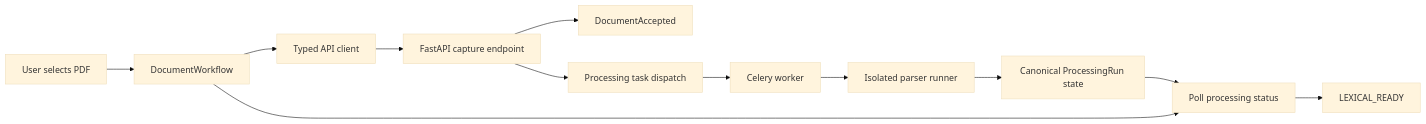
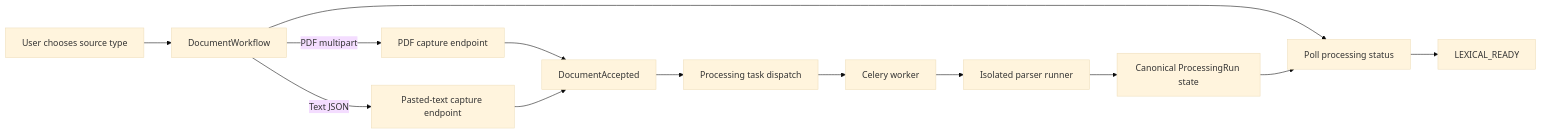
The first of 3 diagrams in frontend/src/features/archive/README.md (rnkraus/investment-research), drawn with Mermaid (base theme) before and after one commit. The commit also changed other lines of this file and 3 other files, not shown here.

First line of the commit message:
docs: document M1 document input flow

````diff
--- a/frontend/src/features/archive/README.md
+++ b/frontend/src/features/archive/README.md
@@ -18,14 +18,15 @@
 ```mermaid
 flowchart LR
-    USER[User selects PDF] --> FORM[DocumentWorkflow]
-    FORM --> CLIENT[Typed API client]
-    CLIENT --> CAPTURE[FastAPI capture endpoint]
-    CAPTURE --> ACCEPTED[DocumentAccepted]
-    CAPTURE --> QUEUE[Processing task dispatch]
+    USER[User chooses source type] --> FORM[DocumentWorkflow]
+    FORM -->|PDF multipart| PDF[PDF capture endpoint]
+    FORM -->|Text JSON| TEXT[Pasted-text capture endpoint]
+    PDF --> ACCEPTED[DocumentAccepted]
+    TEXT --> ACCEPTED
+    ACCEPTED --> QUEUE[Processing task dispatch]
     QUEUE --> WORKER[Celery worker]
     WORKER --> RUNNER[Isolated parser runner]
     FORM --> POLL[Poll processing status]
     RUNNER --> STATUS[Canonical ProcessingRun state]
     STATUS --> POLL
     POLL --> READY[LEXICAL_READY]
 ```
````
